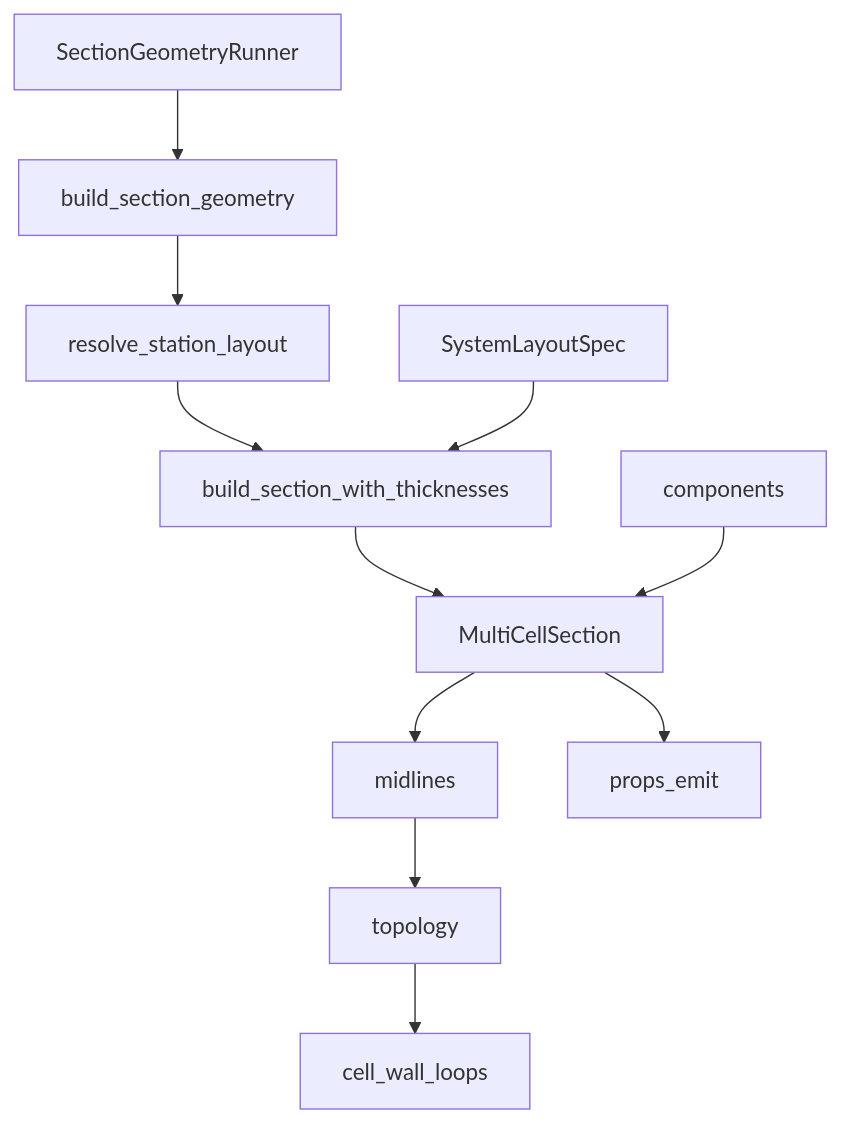
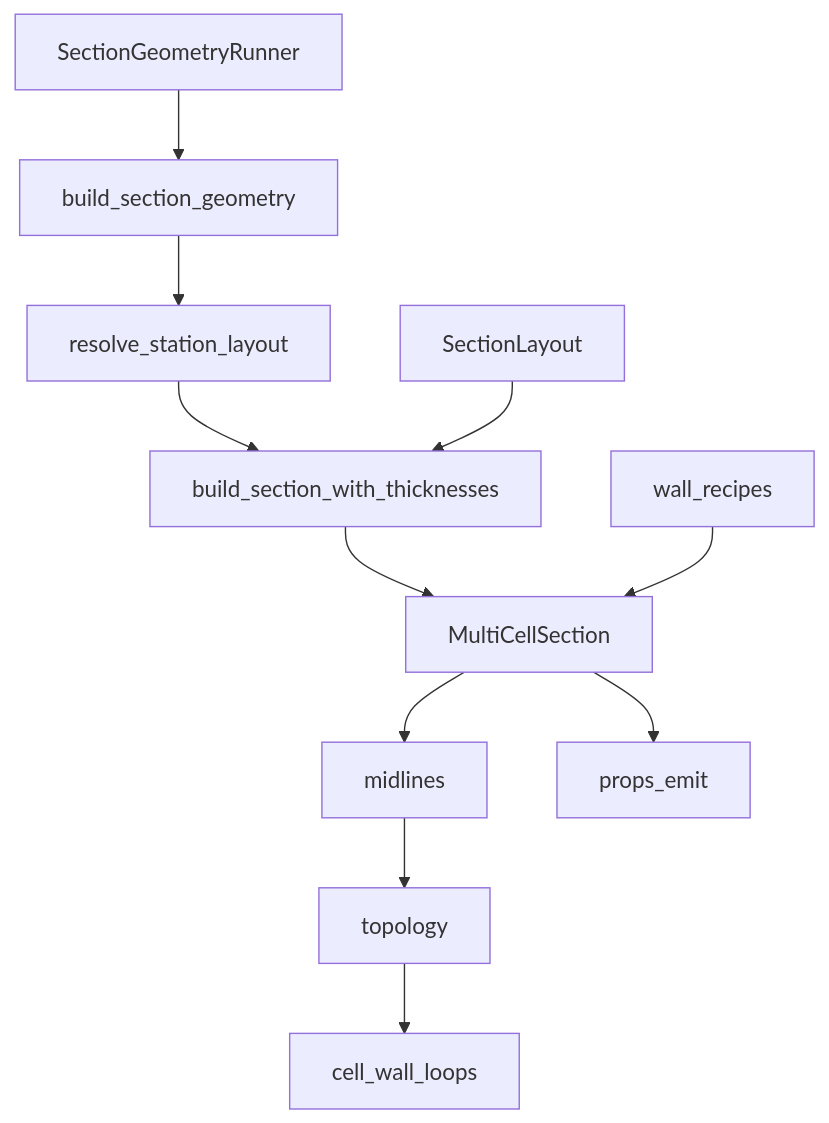
Before and after one commit to samhughes-fea/composite-laminate-fea: the third of 3 diagrams in src/blade_geometry_model/section_geometry/README.md, drawn with Mermaid. The commit also changed other lines of this file and 171 other files, not shown here.

First line of the commit message:
feat(section-geometry)!: unify wall recipes and G-row ownership

````diff
--- a/src/blade_geometry_model/section_geometry/README.md
+++ b/src/blade_geometry_model/section_geometry/README.md
@@ -205,13 +208,13 @@
 ```mermaid
 flowchart TB
   Runner[SectionGeometryRunner] --> Build[build_section_geometry]
   Build --> Resolve[resolve_station_layout]
   Resolve --> Sized[build_section_with_thicknesses]
-  Spec[SystemLayoutSpec] --> Sized
+  SL[SectionLayout] --> Sized
   Sized --> MCS[MultiCellSection]
-  Comps[components] --> MCS
+  Recipes[wall_recipes] --> MCS
   MCS --> Mid[midlines]
   Mid --> Topo[topology]
   Topo --> CellWall[cell_wall_loops]
   MCS --> Props[props_emit]
 ```
````
